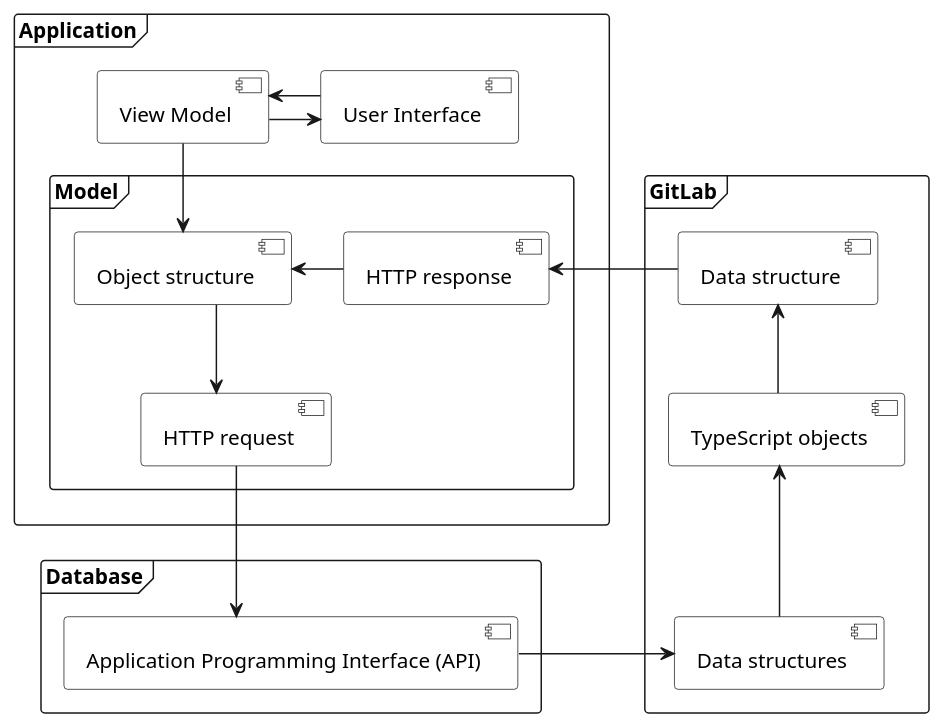
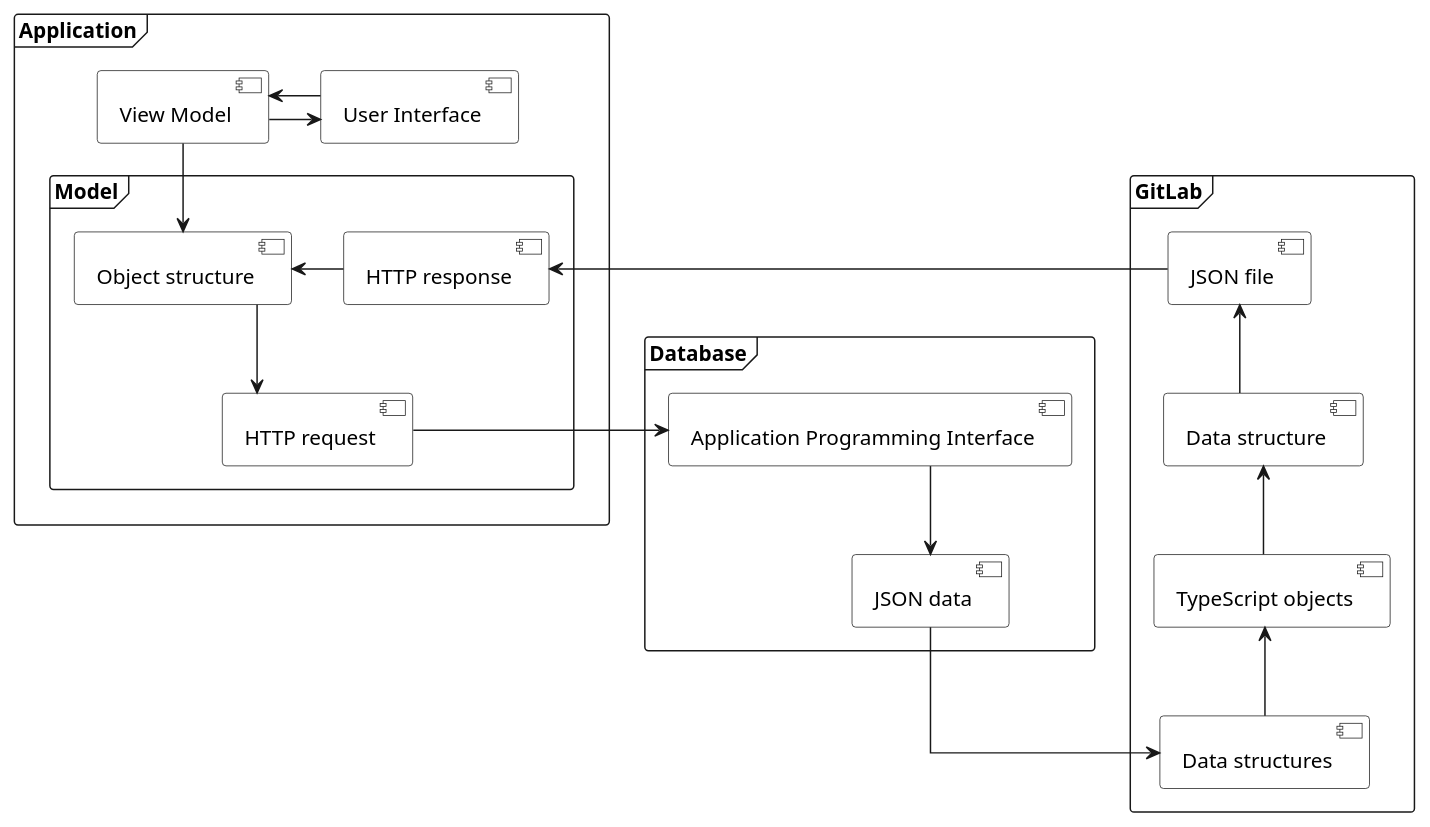
Before and after one commit to thorlindberg/thesis: the first of 4 diagrams in dissertation/4-2 background-material.md, drawn with PlantUML. The commit also changed other lines of this file and 1 other file, not shown here.

```diff
--- a/dissertation/4-2 background-material.md
+++ b/dissertation/4-2 background-material.md
@@ -17,50 +17,52 @@
 @startuml
 
 skinparam linetype ortho
 
 <style>
 componentDiagram {
     BackGroundColor transparent
     frame {
         BackGroundColor white
     }
     component {
         BackGroundColor white
     }
 }
 </style>
 
 frame Database {
-    [Application Programming Interface (API)]
+    [Application Programming Interface] -down-> [JSON data]
 }
 
 frame GitLab {
     [Data structures]
     [TypeScript objects]
     [Data structure]
+    [JSON file]
 }
 
 frame Application {
     [User Interface]
     [View Model]
     frame Model {
         [Object structure]
         [HTTP request]
         [HTTP response]
     }
 }
 
 [User Interface] -left-> [View Model]
 [View Model] -right-> [User Interface] 
 [View Model] --> [Object structure]
 [Object structure] -down-> [HTTP request]
-[HTTP request] --> [Application Programming Interface (API)]
+[HTTP request] -right-> [Application Programming Interface]
 [HTTP response] -left-> [Object structure]
 
-[Data structure] -left-> [HTTP response]
-[Application Programming Interface (API)] -right-> [Data structures]
+[Data structure] -up-> [JSON file]
+[JSON file] -left-> [HTTP response]
+[JSON data] -right-> [Data structures]
 
 [Data structures] -up-> [TypeScript objects]
 [TypeScript objects] -up-> [Data structure]
 
 @enduml
```
